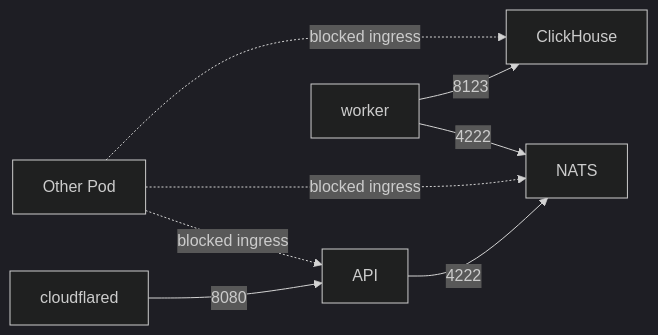
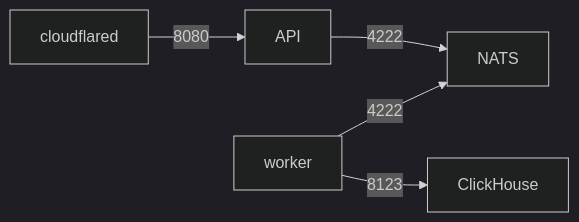
One commit to Jstarzz/geotagger changed diagram 16 of 21 in docs/ARCHITECTURE.md. Above: the diagram before and after it, drawn with Mermaid (dark theme). The commit also changed other lines of this file, not shown here.

Commit message:
docs: replace architecture diagrams with GitHub-safe Mermaid

````diff
--- a/docs/ARCHITECTURE.md
+++ b/docs/ARCHITECTURE.md
@@ -597,11 +364,7 @@
 ```mermaid
 flowchart LR
-    CFD[cloudflared] -->|8080| API[API]
-    API -->|4222| NATS[NATS]
-    WORKER[worker] -->|4222| NATS
-    WORKER -->|8123| CH[ClickHouse]
-
-    BAD[Other Pod] -. blocked ingress .-> API
-    BAD -. blocked ingress .-> NATS
-    BAD -. blocked ingress .-> CH
+    CFD["cloudflared"] -->|"8080"| API["API"]
+    API -->|"4222"| NATS["NATS"]
+    WORKER["worker"] -->|"4222"| NATS
+    WORKER -->|"8123"| CH["ClickHouse"]
 ```
````
